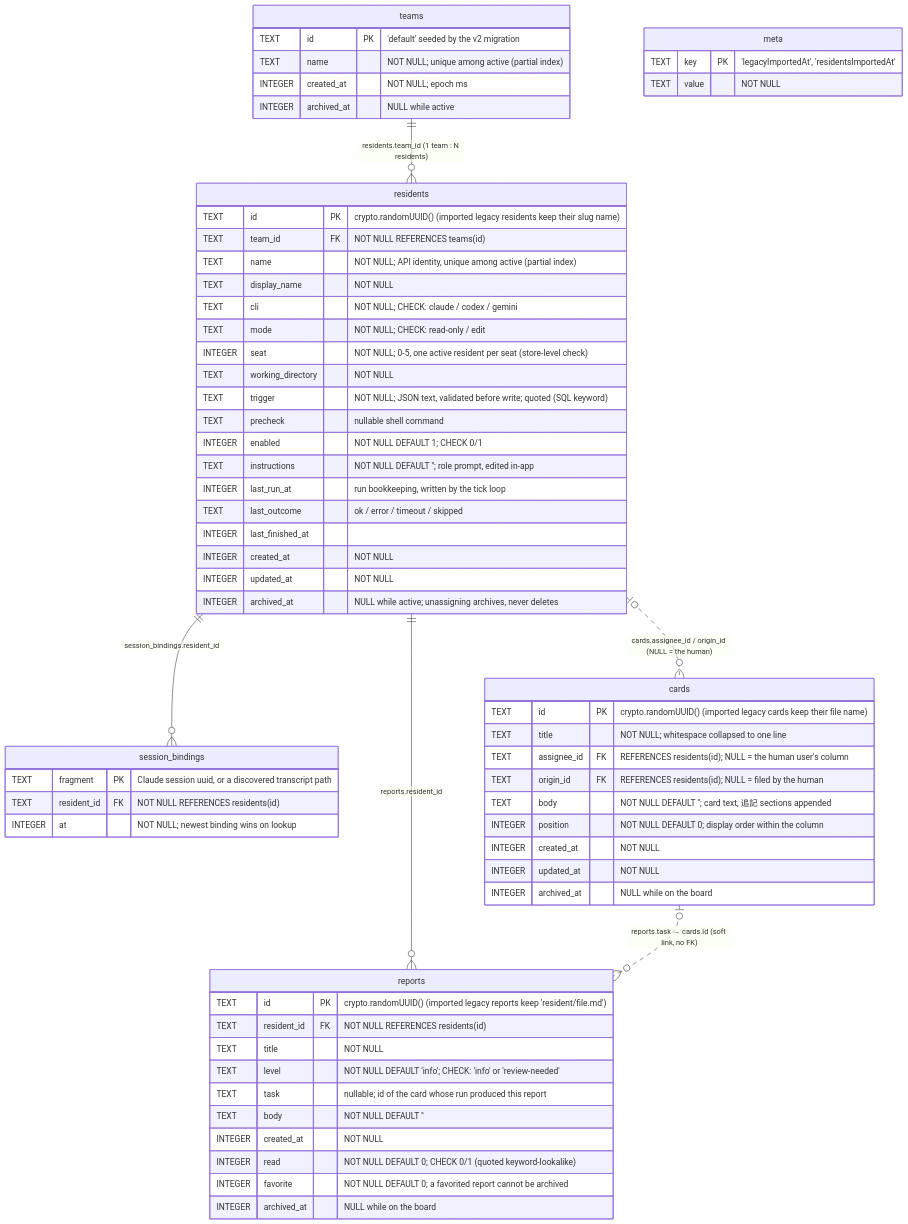
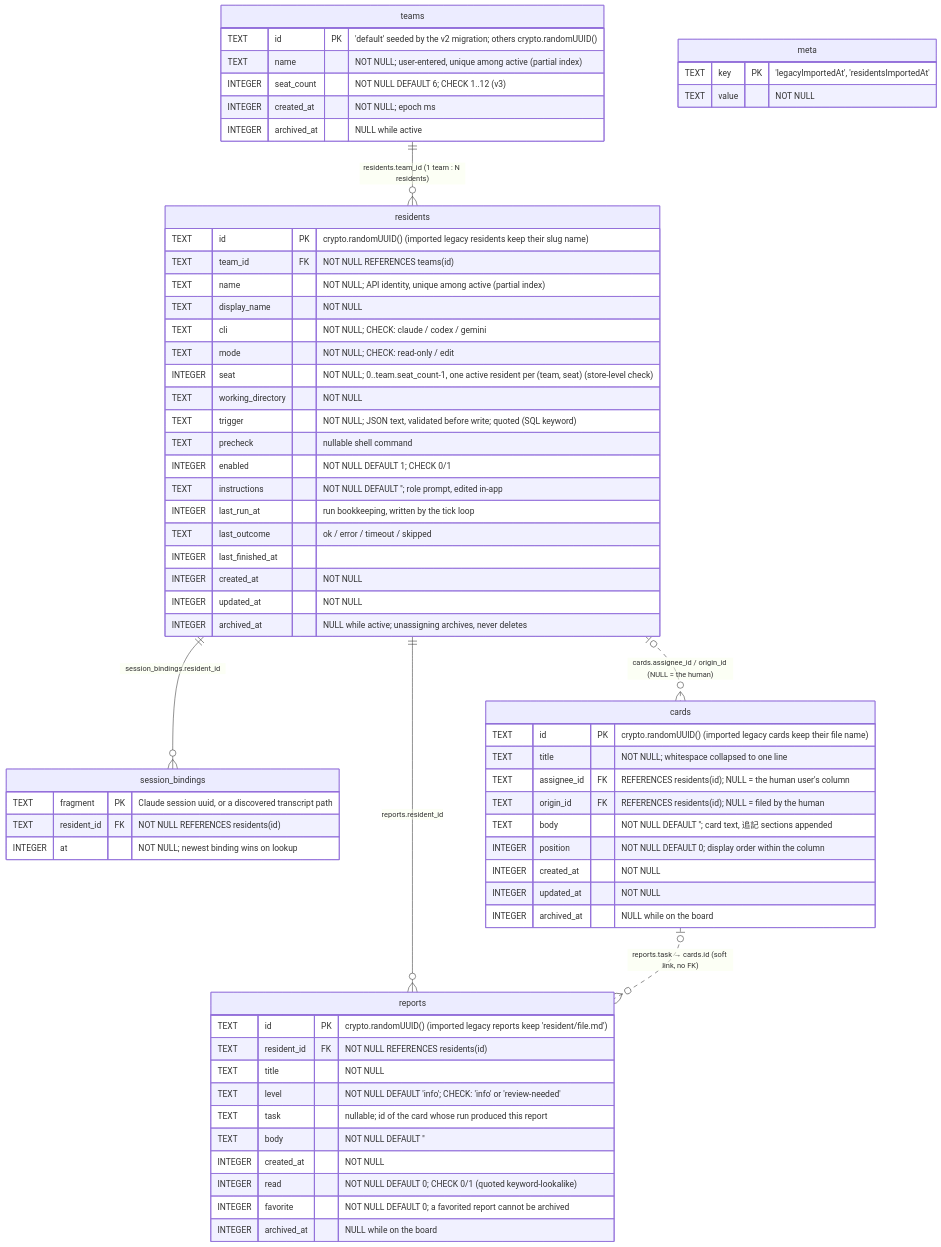
The diagram in docs/database.md (raihara3/ai-office), drawn with Mermaid before and after one commit. The commit also changed other lines of this file and 16 other files, not shown here.

````diff
--- a/docs/database.md
+++ b/docs/database.md
@@ -11,72 +11,73 @@
 ```mermaid
 erDiagram
     teams ||--o{ residents : "residents.team_id (1 team : N residents)"
     residents ||--o{ session_bindings : "session_bindings.resident_id"
     residents |o..o{ cards : "cards.assignee_id / origin_id (NULL = the human)"
     residents ||--o{ reports : "reports.resident_id"
     cards |o..o{ reports : "reports.task → cards.id (soft link, no FK)"
 
     teams {
-        TEXT    id          PK "'default' seeded by the v2 migration"
-        TEXT    name           "NOT NULL; unique among active (partial index)"
+        TEXT    id          PK "'default' seeded by the v2 migration; others crypto.randomUUID()"
+        TEXT    name           "NOT NULL; user-entered, unique among active (partial index)"
+        INTEGER seat_count     "NOT NULL DEFAULT 6; CHECK 1..12 (v3)"
         INTEGER created_at     "NOT NULL; epoch ms"
         INTEGER archived_at    "NULL while active"
     }
 
     residents {
         TEXT    id                PK "crypto.randomUUID() (imported legacy residents keep their slug name)"
         TEXT    team_id           FK "NOT NULL REFERENCES teams(id)"
         TEXT    name              "NOT NULL; API identity, unique among active (partial index)"
         TEXT    display_name      "NOT NULL"
         TEXT    cli               "NOT NULL; CHECK: claude / codex / gemini"
         TEXT    mode              "NOT NULL; CHECK: read-only / edit"
-        INTEGER seat              "NOT NULL; 0-5, one active resident per seat (store-level check)"
+        INTEGER seat              "NOT NULL; 0..team.seat_count-1, one active resident per (team, seat) (store-level check)"
         TEXT    working_directory "NOT NULL"
         TEXT    trigger           "NOT NULL; JSON text, validated before write; quoted (SQL keyword)"
         TEXT    precheck          "nullable shell command"
         INTEGER enabled           "NOT NULL DEFAULT 1; CHECK 0/1"
         TEXT    instructions      "NOT NULL DEFAULT ''; role prompt, edited in-app"
         INTEGER last_run_at       "run bookkeeping, written by the tick loop"
         TEXT    last_outcome      "ok / error / timeout / skipped"
         INTEGER last_finished_at  ""
         INTEGER created_at        "NOT NULL"
         INTEGER updated_at        "NOT NULL"
         INTEGER archived_at       "NULL while active; unassigning archives, never deletes"
     }
 
     session_bindings {
         TEXT    fragment    PK "Claude session uuid, or a discovered transcript path"
         TEXT    resident_id FK "NOT NULL REFERENCES residents(id)"
         INTEGER at             "NOT NULL; newest binding wins on lookup"
     }
 
     cards {
         TEXT    id          PK "crypto.randomUUID() (imported legacy cards keep their file name)"
         TEXT    title          "NOT NULL; whitespace collapsed to one line"
         TEXT    assignee_id FK "REFERENCES residents(id); NULL = the human user's column"
         TEXT    origin_id   FK "REFERENCES residents(id); NULL = filed by the human"
         TEXT    body           "NOT NULL DEFAULT ''; card text, 追記 sections appended"
         INTEGER position       "NOT NULL DEFAULT 0; display order within the column"
         INTEGER created_at     "NOT NULL"
         INTEGER updated_at     "NOT NULL"
         INTEGER archived_at    "NULL while on the board"
     }
 
     reports {
         TEXT    id          PK "crypto.randomUUID() (imported legacy reports keep 'resident/file.md')"
         TEXT    resident_id FK "NOT NULL REFERENCES residents(id)"
         TEXT    title          "NOT NULL"
         TEXT    level          "NOT NULL DEFAULT 'info'; CHECK: 'info' or 'review-needed'"
         TEXT    task           "nullable; id of the card whose run produced this report"
         TEXT    body           "NOT NULL DEFAULT ''"
         INTEGER created_at     "NOT NULL"
         INTEGER read           "NOT NULL DEFAULT 0; CHECK 0/1 (quoted keyword-lookalike)"
         INTEGER favorite       "NOT NULL DEFAULT 0; a favorited report cannot be archived"
         INTEGER archived_at    "NULL while on the board"
     }
 
     meta {
         TEXT key   PK "'legacyImportedAt', 'residentsImportedAt'"
         TEXT value    "NOT NULL"
     }
 ```
````
